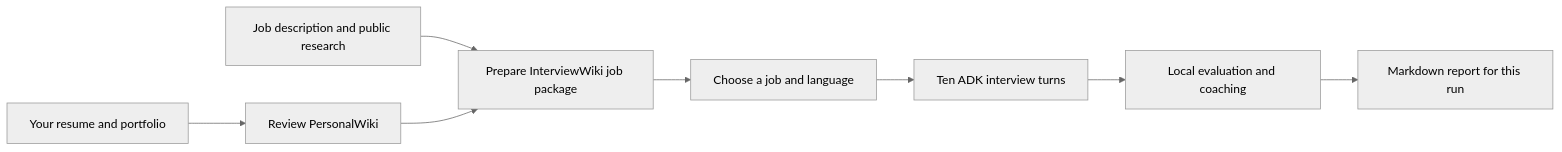
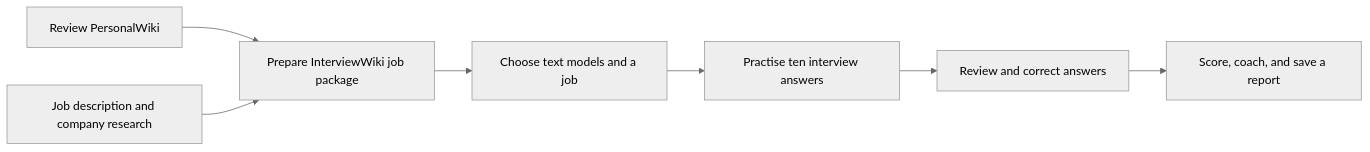
One commit to NinjaRoboticsEducation/InterviewSimulator changed the first of 2 diagrams in README.md. Above: the diagram before and after it, drawn with Mermaid (neutral theme). The commit also changed other lines of this file and 66 other files, not shown here.

````diff
--- a/README.md
+++ b/README.md
@@ -11,10 +13,9 @@
 ```mermaid
 flowchart LR
-    A[Your resume and portfolio] --> B[Review PersonalWiki]
-    C[Job description and public research] --> D[Prepare InterviewWiki job package]
-    B --> D
-    D --> E[Choose a job and language]
-    E --> F[Ten ADK interview turns]
-    F --> G[Local evaluation and coaching]
-    G --> H[Markdown report for this run]
+    P[Review PersonalWiki] --> W[Prepare InterviewWiki job package]
+    J[Job description and company research] --> W
+    W --> C[Choose text models and a job]
+    C --> I[Practise ten interview answers]
+    I --> R[Review and correct answers]
+    R --> E[Score, coach, and save a report]
 ```
````
